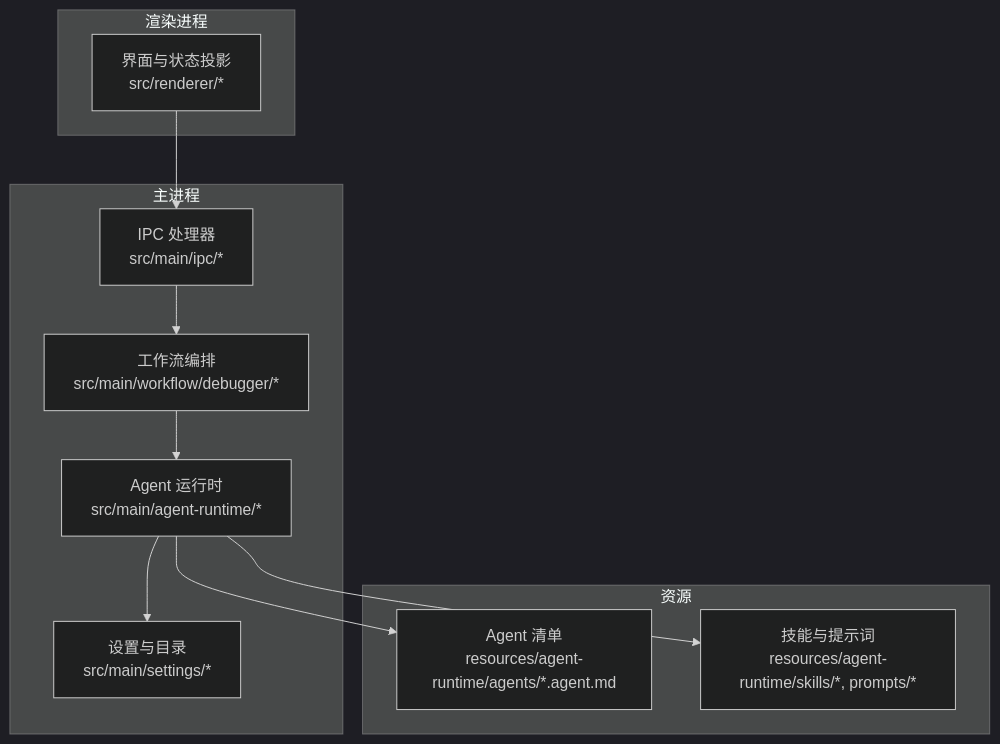
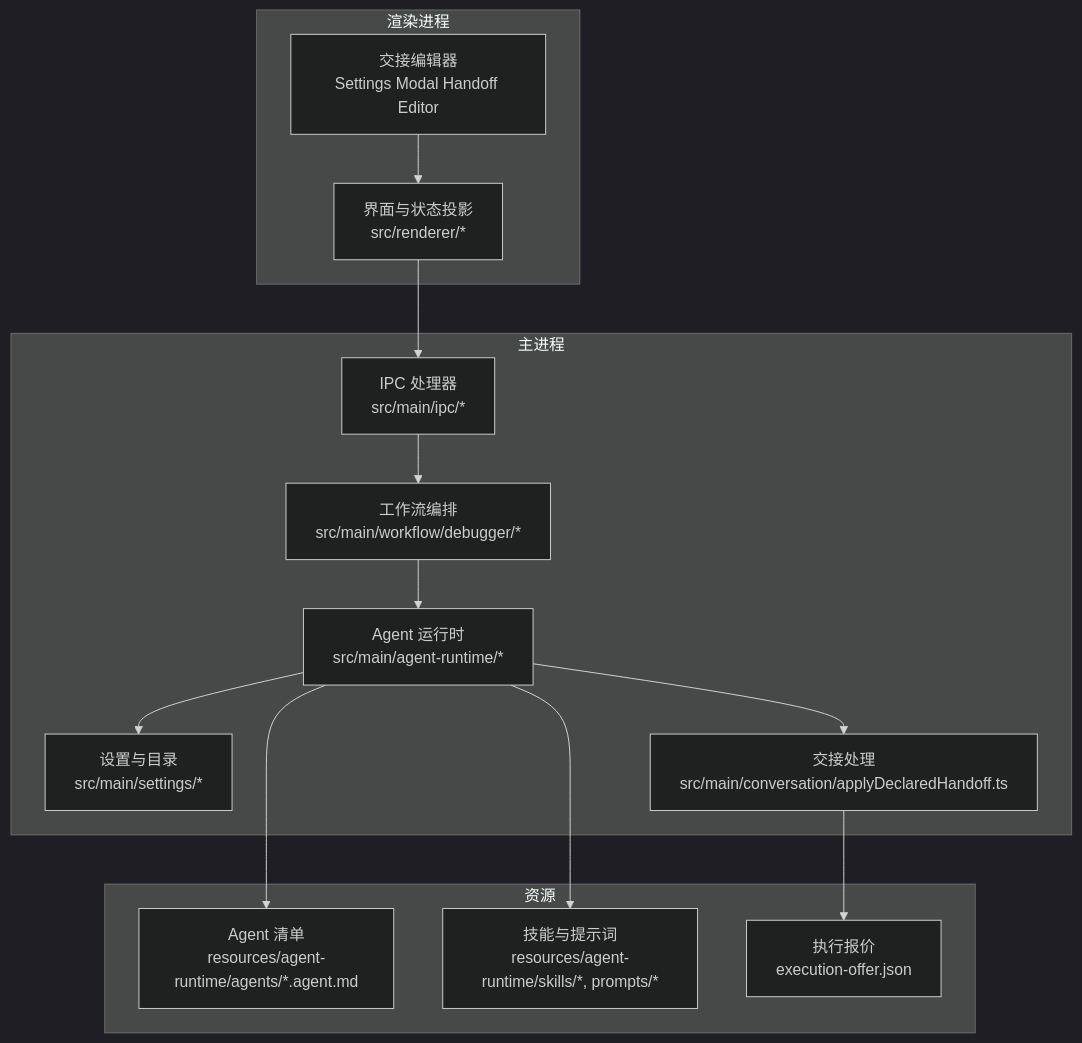
One commit to haolange/RDC-Agent changed the first of 7 diagrams in .qoder/repowiki/zh/content/扩展开发/自定义 Agent 开发/自定义 Agent 开发.md. Above: the diagram before and after it, drawn with Mermaid (dark theme). The commit also changed other lines of this file and 90 other files, not shown here.

````diff
--- a/.qoder/repowiki/zh/content/扩展开发/自定义 Agent 开发/自定义 Agent 开发.md
+++ b/.qoder/repowiki/zh/content/扩展开发/自定义 Agent 开发/自定义 Agent 开发.md
@@ -37,22 +51,28 @@
 ```mermaid
 graph TB
 subgraph "主进程"
 A["Agent 运行时<br/>src/main/agent-runtime/*"]
 B["工作流编排<br/>src/main/workflow/debugger/*"]
 C["设置与目录<br/>src/main/settings/*"]
 D["IPC 处理器<br/>src/main/ipc/*"]
+E["交接处理<br/>src/main/conversation/applyDeclaredHandoff.ts"]
 end
 subgraph "渲染进程"
-E["界面与状态投影<br/>src/renderer/*"]
+F["界面与状态投影<br/>src/renderer/*"]
+G["交接编辑器<br/>Settings Modal Handoff Editor"]
 end
 subgraph "资源"
-F["Agent 清单<br/>resources/agent-runtime/agents/*.agent.md"]
-G["技能与提示词<br/>resources/agent-runtime/skills/*, prompts/*"]
+H["Agent 清单<br/>resources/agent-runtime/agents/*.agent.md"]
+I["技能与提示词<br/>resources/agent-runtime/skills/*, prompts/*"]
+J["执行报价<br/>execution-offer.json"]
 end
-E --> D
+F --> D
 D --> B
 B --> A
 A --> C
-A --> F
-A --> G
+A --> E
+E --> J
+A --> H
+A --> I
+G --> F
 ```
````
